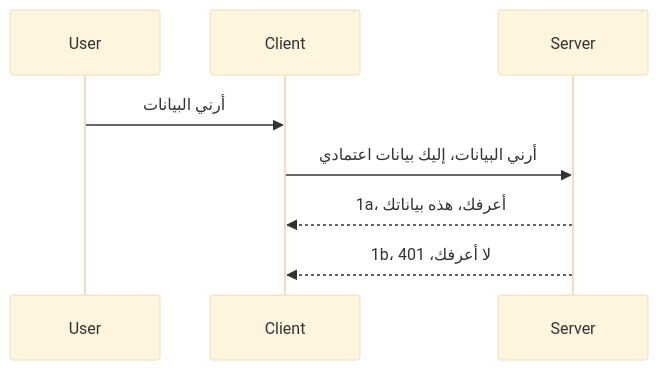
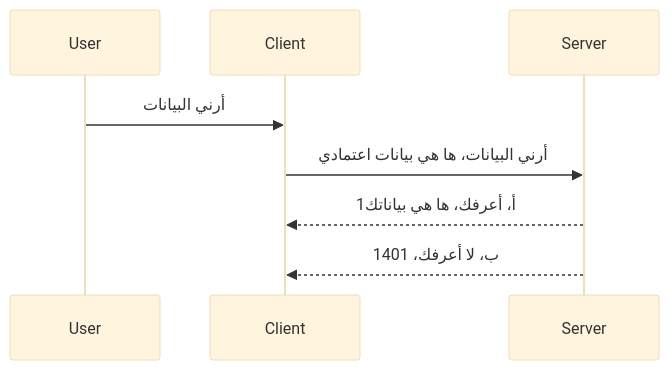
Before and after one commit to HIDORAKAI002/ai-workspace-archive: the diagram in mcp_ecosystem__model_context_protocol/mcp_learning_resources/mcp-for-beginners/translations/ar/03-GettingStarted/11-simple-auth/README.md, drawn with Mermaid (base theme). The commit also changed other lines of this file and 1046 other files, not shown here.

````diff
--- a/mcp_ecosystem__model_context_protocol/mcp_learning_resources/mcp-for-beginners/translations/ar/03-GettingStarted/11-simple-auth/README.md
+++ b/mcp_ecosystem__model_context_protocol/mcp_learning_resources/mcp-for-beginners/translations/ar/03-GettingStarted/11-simple-auth/README.md
@@ -24,11 +24,11 @@
 ```mermaid
 sequenceDiagram
    participant User
    participant Client
    participant Server
 
    User->>Client: أرني البيانات
-   Client->>Server: أرني البيانات، إليك بيانات اعتمادي
-   Server-->>Client: 1a، أعرفك، هذه بياناتك
-   Server-->>Client: 1b، لا أعرفك، 401 
+   Client->>Server: أرني البيانات، ها هي بيانات اعتمادي
+   Server-->>Client: 1أ، أعرفك، ها هي بياناتك
+   Server-->>Client: 1ب، لا أعرفك، 401 
 ```
````
